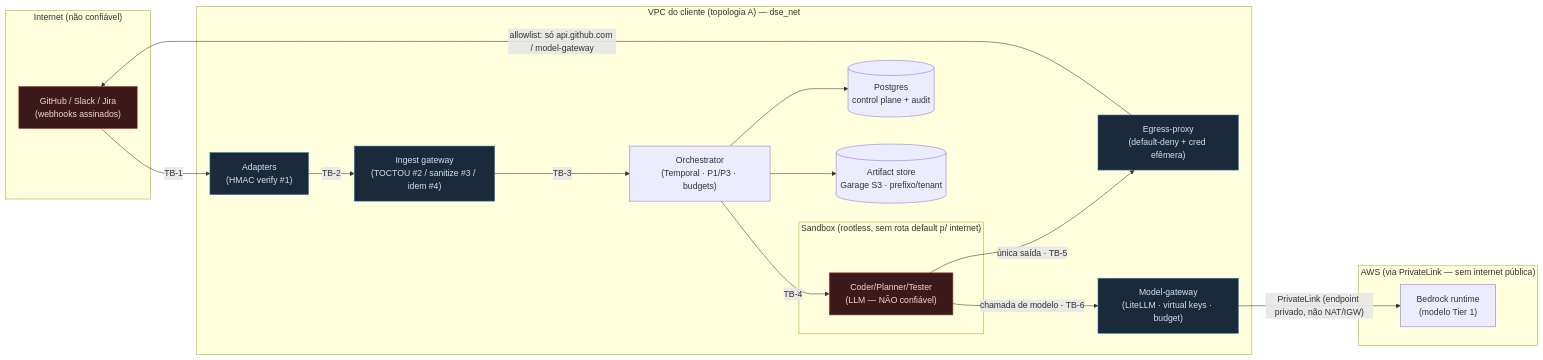
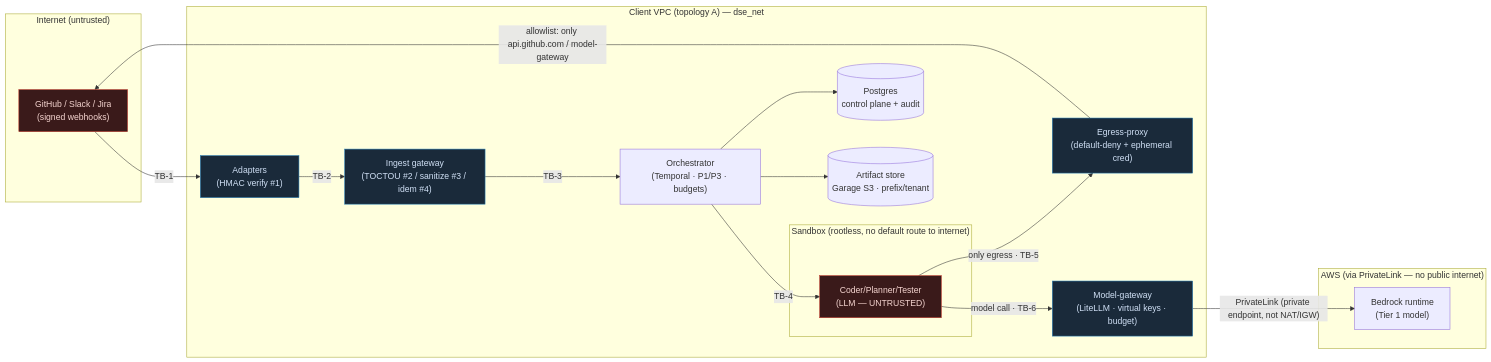
The first of 2 diagrams in infra/THREAT-MODEL.md (andresaraivafintex/dse_agent), drawn with Mermaid before and after one commit. The commit also changed other lines of this file and 421 other files, not shown here.

````diff
--- a/infra/THREAT-MODEL.md
+++ b/infra/THREAT-MODEL.md
@@ -159,36 +159,36 @@
 ```mermaid
 flowchart LR
-    subgraph internet["Internet (não confiável)"]
-        gh["GitHub / Slack / Jira\n(webhooks assinados)"]
+    subgraph internet["Internet (untrusted)"]
+        gh["GitHub / Slack / Jira\n(signed webhooks)"]
     end
 
-    subgraph vpc["VPC do cliente (topologia A) — dse_net"]
+    subgraph vpc["Client VPC (topology A) — dse_net"]
         adapter["Adapters\n(HMAC verify #1)"]
         ingest["Ingest gateway\n(TOCTOU #2 / sanitize #3 / idem #4)"]
         orch["Orchestrator\n(Temporal · P1/P3 · budgets)"]
-        subgraph sbx["Sandbox (rootless, sem rota default p/ internet)"]
-            coder["Coder/Planner/Tester\n(LLM — NÃO confiável)"]
+        subgraph sbx["Sandbox (rootless, no default route to internet)"]
+            coder["Coder/Planner/Tester\n(LLM — UNTRUSTED)"]
         end
-        egress["Egress-proxy\n(default-deny + cred efêmera)"]
+        egress["Egress-proxy\n(default-deny + ephemeral cred)"]
         mg["Model-gateway\n(LiteLLM · virtual keys · budget)"]
         pg[("Postgres\ncontrol plane + audit")]
-        art[("Artifact store\nGarage S3 · prefixo/tenant")]
+        art[("Artifact store\nGarage S3 · prefix/tenant")]
     end
 
-    subgraph aws["AWS (via PrivateLink — sem internet pública)"]
-        bedrock["Bedrock runtime\n(modelo Tier 1)"]
+    subgraph aws["AWS (via PrivateLink — no public internet)"]
+        bedrock["Bedrock runtime\n(Tier 1 model)"]
     end
 
     gh -->|"TB-1"| adapter -->|"TB-2"| ingest -->|"TB-3"| orch -->|"TB-4"| coder
-    coder -->|"única saída · TB-5"| egress
-    coder -->|"chamada de modelo · TB-6"| mg
-    egress -->|"allowlist: só api.github.com / model-gateway"| gh
-    mg -->|"PrivateLink (endpoint privado, não NAT/IGW)"| bedrock
+    coder -->|"only egress · TB-5"| egress
+    coder -->|"model call · TB-6"| mg
+    egress -->|"allowlist: only api.github.com / model-gateway"| gh
+    mg -->|"PrivateLink (private endpoint, not NAT/IGW)"| bedrock
     orch --> pg
     orch --> art
 
     classDef untrusted fill:#3a1a1a,stroke:#c0392b,color:#f5d5d0;
     classDef contained fill:#1a2a3a,stroke:#2980b9,color:#d0e0f5;
     class gh,coder untrusted;
     class egress,mg,ingest,adapter contained;
 ```
````
